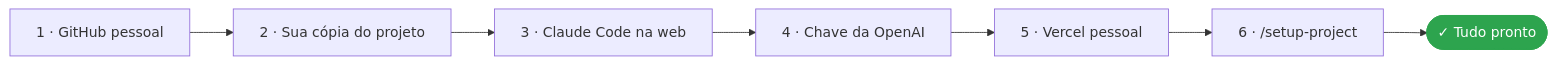
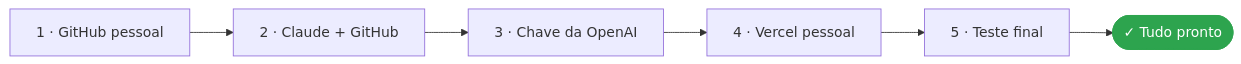
Before and after one commit to Blueydata/ai-dev-foundation: the first of 2 diagrams in PREREQUISITES.md, drawn with Mermaid. The commit also changed other lines of this file and 2 other files, not shown here.

````diff
--- a/PREREQUISITES.md
+++ b/PREREQUISITES.md
@@ -10,5 +10,5 @@
 ```mermaid
 flowchart LR
-    A["1 · GitHub pessoal"] --> B["2 · Sua cópia do projeto"] --> C["3 · Claude Code na web"] --> D["4 · Chave da OpenAI"] --> E["5 · Vercel pessoal"] --> F["6 · /setup-project"] --> G(["✓ Tudo pronto"])
-    style G fill:#2da44e,color:#fff,stroke:#2da44e
+    A["1 · GitHub pessoal"] --> B["2 · Claude + GitHub"] --> C["3 · Chave da OpenAI"] --> D["4 · Vercel pessoal"] --> E["5 · Teste final"] --> H(["✓ Tudo pronto"])
+    style H fill:#2da44e,color:#fff,stroke:#2da44e
 ```
````
